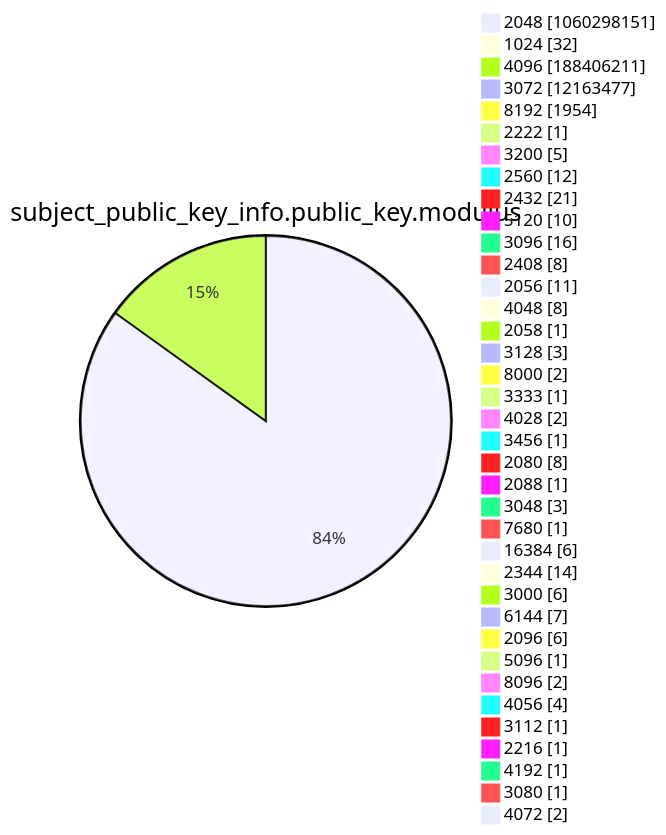
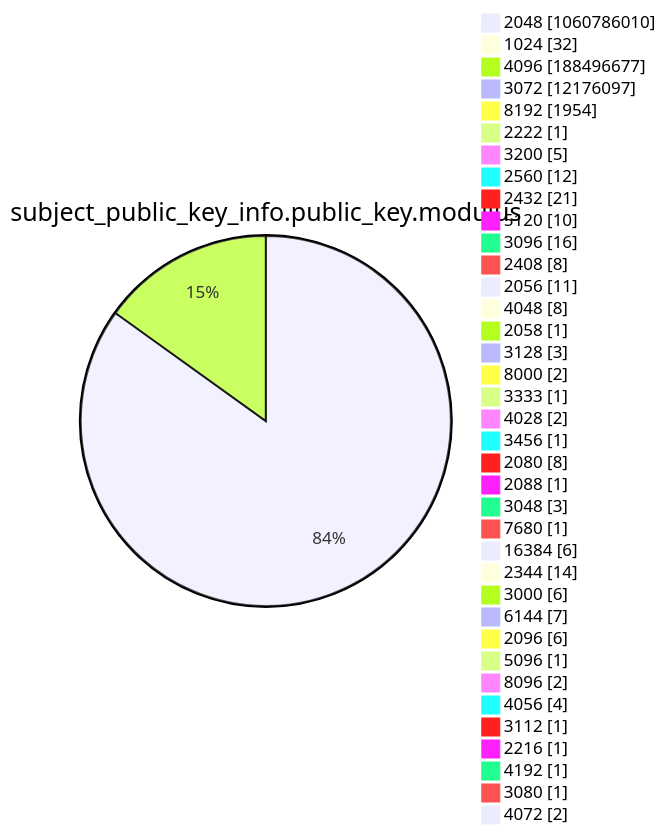
Diagram 13 of 15 in argon2022/README.md (christiankrug/ctmonitor_visualization), drawn with Mermaid before and after one commit. The commit also changed other lines of this file, not shown here.

````diff
--- a/argon2022/README.md
+++ b/argon2022/README.md
@@ -3589,41 +3589,41 @@
 ```mermaid
 pie showData
 title subject_public_key_info.public_key.modulus
-"2048" :1060298151
+"2048" :1060786010
 "1024" :32
-"4096" :188406211
-"3072" :12163477
+"4096" :188496677
+"3072" :12176097
 "8192" :1954
 "2222" :1
 "3200" :5
 "2560" :12
 "2432" :21
 "5120" :10
 "3096" :16
 "2408" :8
 "2056" :11
 "4048" :8
 "2058" :1
 "3128" :3
 "8000" :2
 "3333" :1
 "4028" :2
 "3456" :1
 "2080" :8
 "2088" :1
 "3048" :3
 "7680" :1
 "16384" :6
 "2344" :14
 "3000" :6
 "6144" :7
 "2096" :6
 "5096" :1
 "8096" :2
 "4056" :4
 "3112" :1
 "2216" :1
 "4192" :1
 "3080" :1
 "4072" :2
 ```
````
